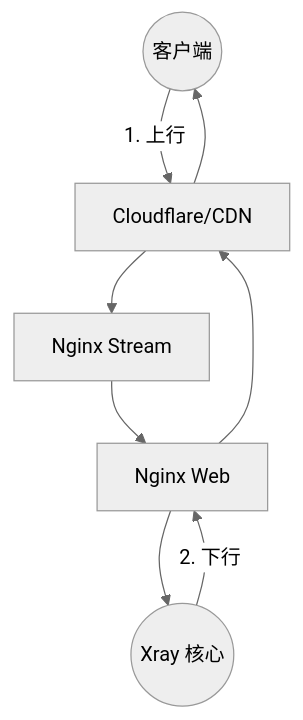
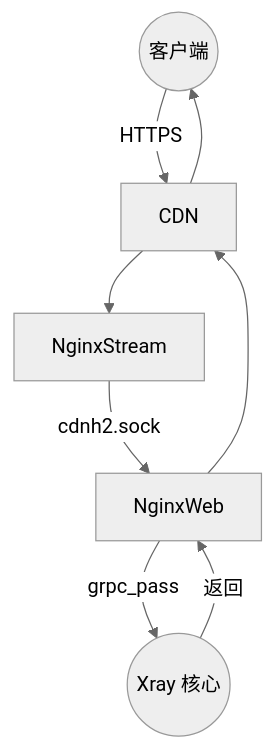
The ninth of 9 diagrams in docker/sb-xray/docs/client-configs.md (currycan/key), drawn with Mermaid (neutral theme) before and after one commit. The commit also changed other lines of this file and 4 other files, not shown here.

````diff
--- a/docker/sb-xray/docs/client-configs.md
+++ b/docker/sb-xray/docs/client-configs.md
@@ -312,17 +341,9 @@
     ```mermaid
     graph TB
-        User((客户端))
-        CDN[Cloudflare/CDN]
-        NginxStream[Nginx Stream]
-        NginxWeb[Nginx Web]
-        Xray((Xray 核心))
-
-        User -- 1. 上行 --> CDN
+        User((客户端)) -- HTTPS --> CDN
         CDN --> NginxStream
-        NginxStream --> NginxWeb
-        NginxWeb --> Xray
-
-        Xray -- 2. 下行 --> NginxWeb
-        NginxWeb --> CDN
-        CDN --> User
+        NginxStream -- cdnh2.sock --> NginxWeb
+        NginxWeb -- grpc_pass --> Xray((Xray 核心))
+        Xray -- 返回 --> NginxWeb
+        NginxWeb --> CDN --> User
     ```
````
